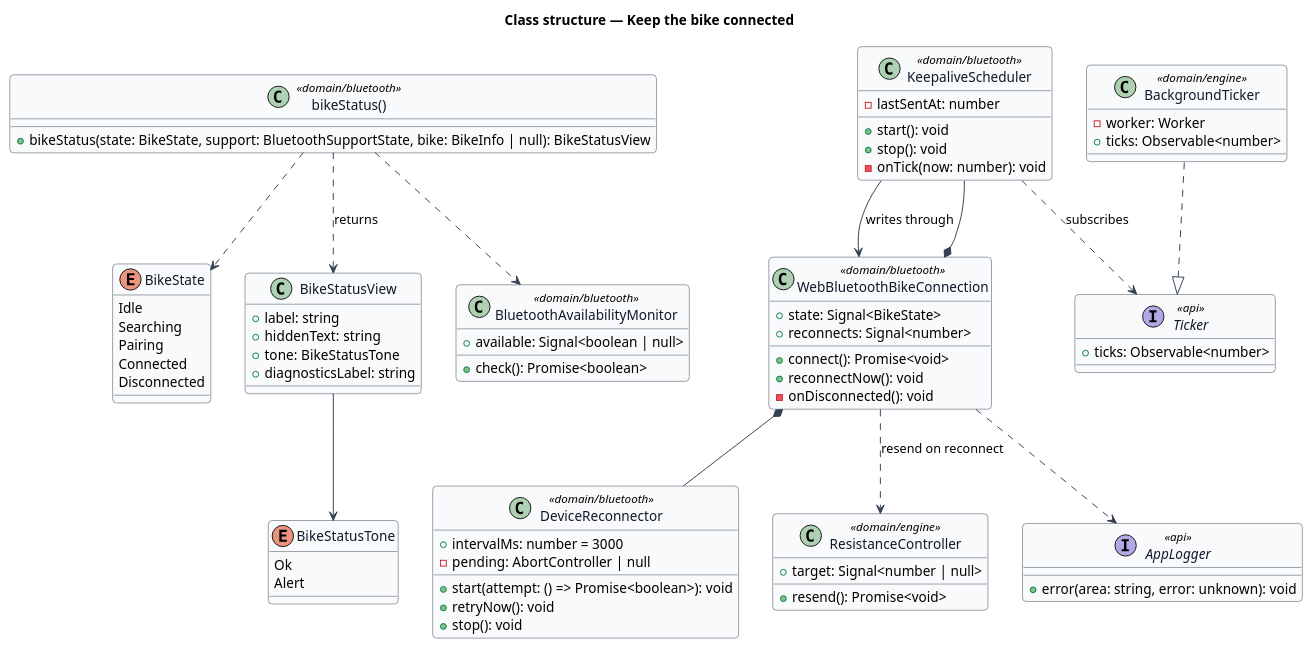
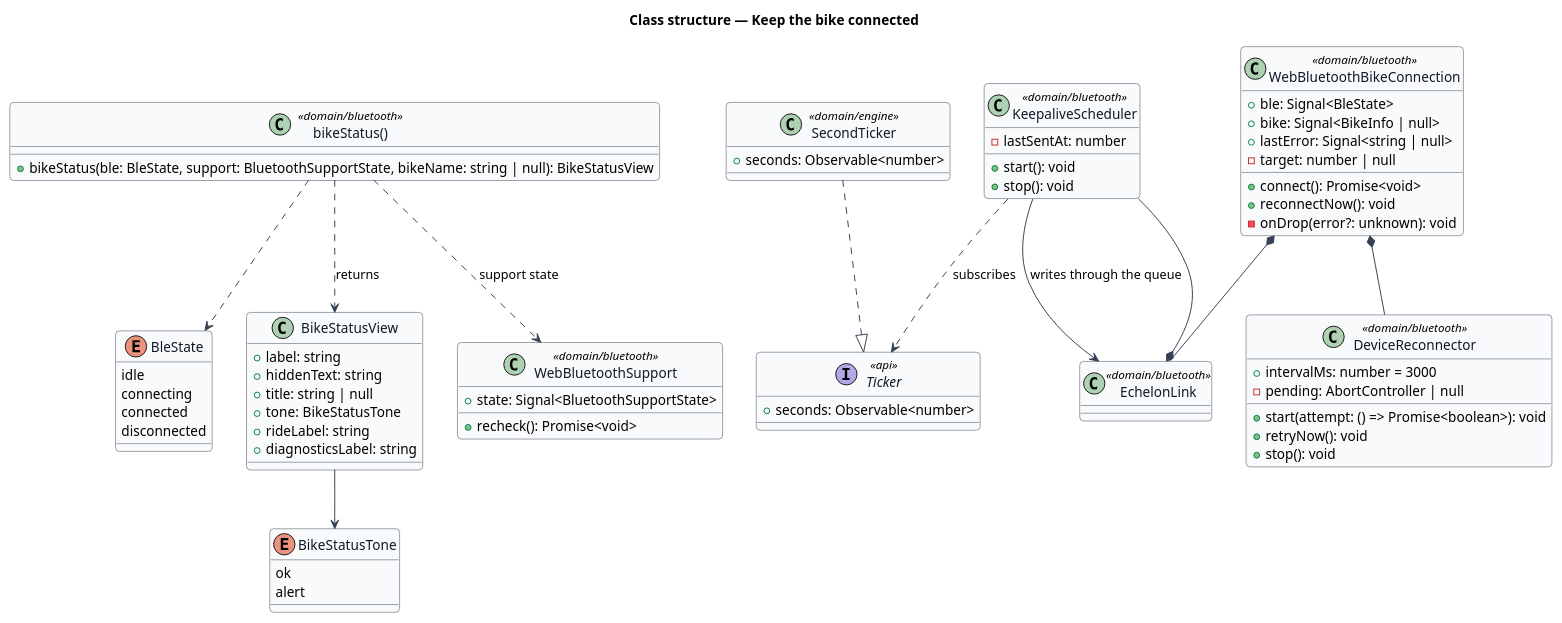
The diagram in docs/detailed-designs/bike/keep-the-bike-connected/diagrams/class-structure.puml (QuinntyneBrown/ride-one), drawn with PlantUML before and after one commit. The commit also changed 10 other files, not shown here.

First line of the commit message:
Align keeping the bike connected with what slice 2.4 builds

```diff
--- a/docs/detailed-designs/bike/keep-the-bike-connected/diagrams/class-structure.puml
+++ b/docs/detailed-designs/bike/keep-the-bike-connected/diagrams/class-structure.puml
@@ -1,84 +1,78 @@
 @startuml
 ' --- shared skin header ---
 skinparam backgroundColor #FFFFFF
 skinparam shadowing false
 skinparam roundcorner 8
 skinparam defaultFontName Arial
 skinparam ArrowColor #344054
 skinparam class {
   BorderColor #344054
   FontColor #101828
   BackgroundColor #F9FAFB
 }
 ' --------------------------
 title Class structure — Keep the bike connected
-enum BikeState {
-  Idle
-  Searching
-  Pairing
-  Connected
-  Disconnected
+enum BleState {
+  idle
+  connecting
+  connected
+  disconnected
 }
 enum BikeStatusTone {
-  Ok
-  Alert
+  ok
+  alert
 }
 class BikeStatusView {
   +label: string
   +hiddenText: string
+  +title: string | null
   +tone: BikeStatusTone
+  +rideLabel: string
   +diagnosticsLabel: string
 }
 class "bikeStatus()" as BikeStatusFn <<domain/bluetooth>> {
-  +bikeStatus(state: BikeState, support: BluetoothSupportState, bike: BikeInfo | null): BikeStatusView
+  +bikeStatus(ble: BleState, support: BluetoothSupportState, bikeName: string | null): BikeStatusView
 }
 class KeepaliveScheduler <<domain/bluetooth>> {
   -lastSentAt: number
   +start(): void
   +stop(): void
-  -onTick(now: number): void
 }
 class DeviceReconnector <<domain/bluetooth>> {
   +intervalMs: number = 3000
   -pending: AbortController | null
   +start(attempt: () => Promise<boolean>): void
   +retryNow(): void
   +stop(): void
 }
-class BluetoothAvailabilityMonitor <<domain/bluetooth>> {
-  +available: Signal<boolean | null>
-  +check(): Promise<boolean>
+class WebBluetoothSupport <<domain/bluetooth>> {
+  +state: Signal<BluetoothSupportState>
+  +recheck(): Promise<void>
 }
 interface Ticker <<api>> {
-  +ticks: Observable<number>
+  +seconds: Observable<number>
 }
-class BackgroundTicker <<domain/engine>> {
-  -worker: Worker
-  +ticks: Observable<number>
+class SecondTicker <<domain/engine>> {
+  +seconds: Observable<number>
 }
 class WebBluetoothBikeConnection <<domain/bluetooth>> {
-  +state: Signal<BikeState>
-  +reconnects: Signal<number>
+  +ble: Signal<BleState>
+  +bike: Signal<BikeInfo | null>
+  +lastError: Signal<string | null>
+  -target: number | null
   +connect(): Promise<void>
   +reconnectNow(): void
-  -onDisconnected(): void
+  -onDrop(error?: unknown): void
 }
-class ResistanceController <<domain/engine>> {
-  +target: Signal<number | null>
-  +resend(): Promise<void>
-}
-interface AppLogger <<api>> {
-  +error(area: string, error: unknown): void
-}
+class EchelonLink <<domain/bluetooth>>
 KeepaliveScheduler ..> Ticker : subscribes
-BackgroundTicker ..|> Ticker
-KeepaliveScheduler --> WebBluetoothBikeConnection : writes through
+SecondTicker ..|> Ticker
+KeepaliveScheduler --> EchelonLink : writes through the queue
 WebBluetoothBikeConnection *-- DeviceReconnector
-WebBluetoothBikeConnection *-- KeepaliveScheduler
-WebBluetoothBikeConnection ..> ResistanceController : resend on reconnect
-WebBluetoothBikeConnection ..> AppLogger
-BikeStatusFn ..> BikeState
-BikeStatusFn ..> BluetoothAvailabilityMonitor
+EchelonLink *-- KeepaliveScheduler
+WebBluetoothBikeConnection *-- EchelonLink
+BikeStatusFn ..> BleState
+BikeStatusFn ..> WebBluetoothSupport : support state
 BikeStatusFn ..> BikeStatusView : returns
 BikeStatusView --> BikeStatusTone
 @enduml
```
